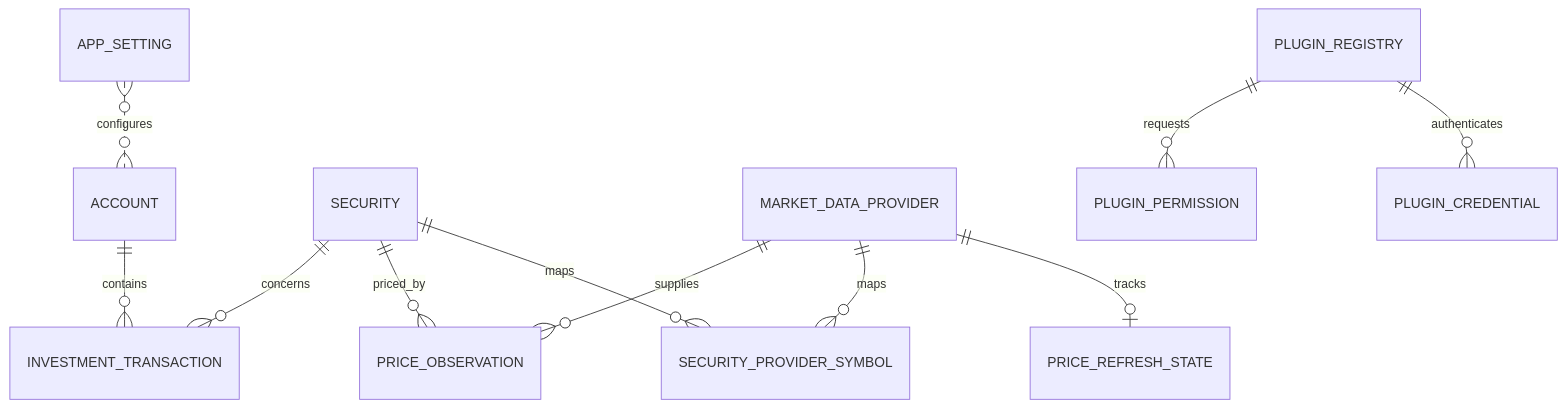
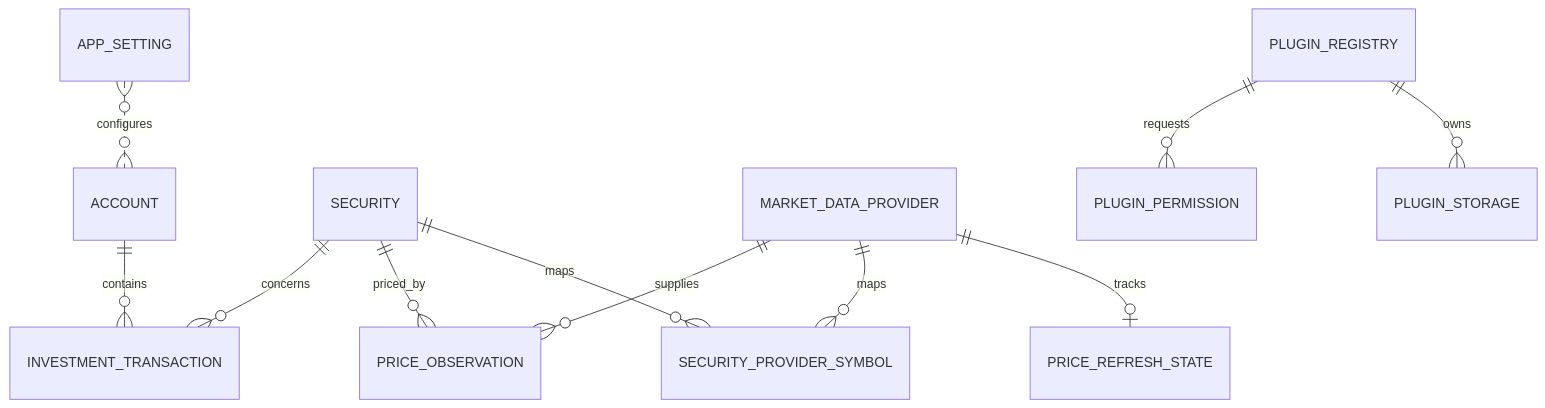
One commit to fidleton/folio-evaporator changed the diagram in architecture/database.md. Above: the diagram before and after it, drawn with Mermaid. The commit also changed other lines of this file and 2 other files, not shown here.

Commit message:
Update missing parts of architecture

````diff
--- a/architecture/database.md
+++ b/architecture/database.md
@@ -24,13 +24,13 @@
 ```mermaid
 erDiagram
     ACCOUNT ||--o{ INVESTMENT_TRANSACTION : contains
     SECURITY ||--o{ INVESTMENT_TRANSACTION : concerns
     SECURITY ||--o{ PRICE_OBSERVATION : priced_by
     MARKET_DATA_PROVIDER ||--o{ PRICE_OBSERVATION : supplies
     MARKET_DATA_PROVIDER ||--o{ SECURITY_PROVIDER_SYMBOL : maps
     SECURITY ||--o{ SECURITY_PROVIDER_SYMBOL : maps
     MARKET_DATA_PROVIDER ||--o| PRICE_REFRESH_STATE : tracks
     PLUGIN_REGISTRY ||--o{ PLUGIN_PERMISSION : requests
-    PLUGIN_REGISTRY ||--o{ PLUGIN_CREDENTIAL : authenticates
+    PLUGIN_REGISTRY ||--o{ PLUGIN_STORAGE : owns
     APP_SETTING }o..o{ ACCOUNT : configures
 ```
````
